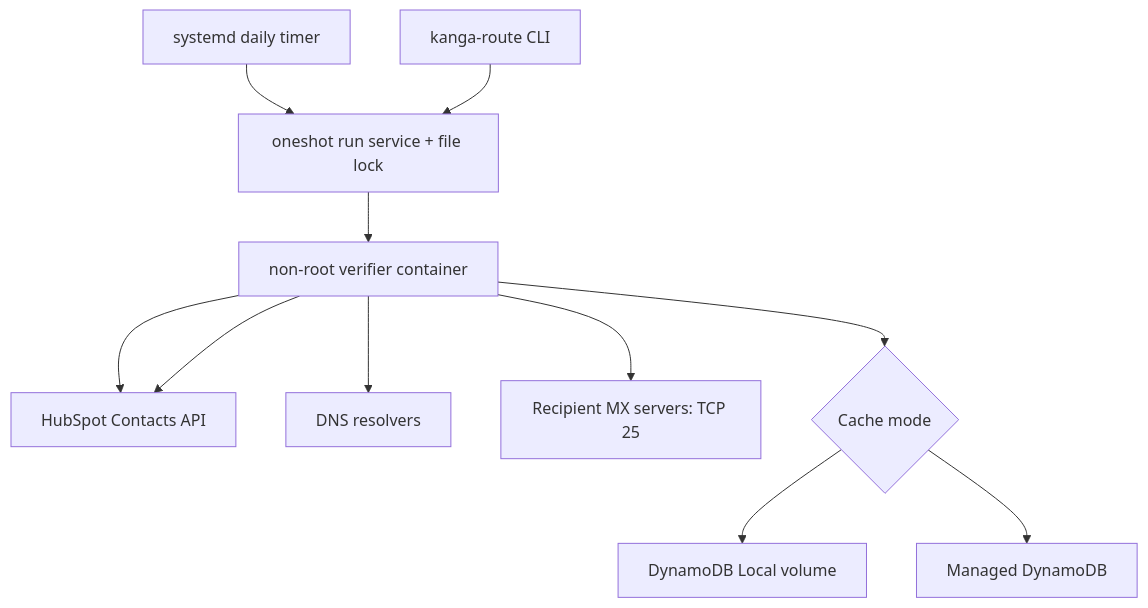
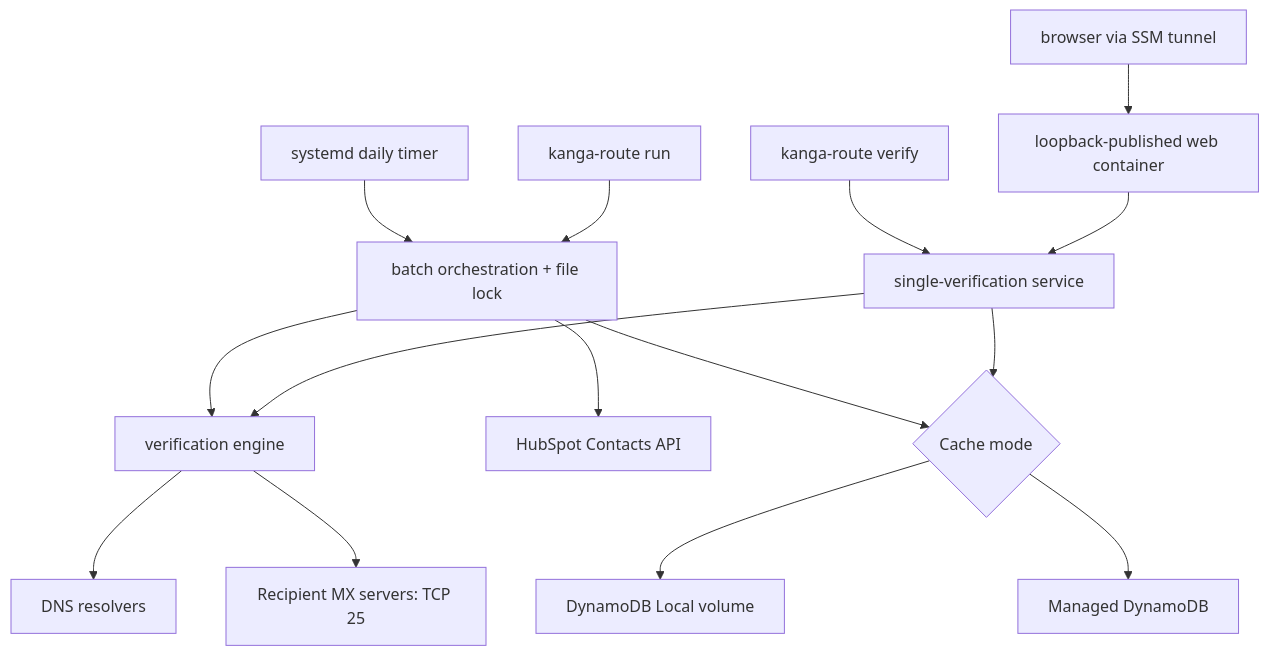
The diagram in docs/architecture.md (kanga-route/kanga-route), drawn with Mermaid before and after one commit. The commit also changed other lines of this file and 31 other files, not shown here.

Commit message:
feat: add loopback browser verification console

````diff
--- a/docs/architecture.md
+++ b/docs/architecture.md
@@ -6,13 +6,17 @@
 ```mermaid
 flowchart TD
-    Timer["systemd daily timer"] --> Run["oneshot run service + file lock"]
-    CLI["kanga-route CLI"] --> Run
-    Run --> Engine["non-root verifier container"]
-    Engine --> HubSpot["HubSpot Contacts API"]
+    Timer["systemd daily timer"] --> Batch["batch orchestration + file lock"]
+    CLI["kanga-route run"] --> Batch
+    SingleCLI["kanga-route verify"] --> Single["single-verification service"]
+    Browser["browser via SSM tunnel"] --> Web["loopback-published web container"]
+    Web --> Single
+    Batch --> Engine["verification engine"]
+    Single --> Engine
+    Batch --> HubSpot["HubSpot Contacts API"]
     Engine --> DNS["DNS resolvers"]
     Engine --> MX["Recipient MX servers: TCP 25"]
-    Engine --> Cache{"Cache mode"}
+    Batch --> Cache{"Cache mode"}
+    Single --> Cache
     Cache --> Local["DynamoDB Local volume"]
     Cache --> Cloud["Managed DynamoDB"]
-    Engine --> HubSpot
 ```
````
